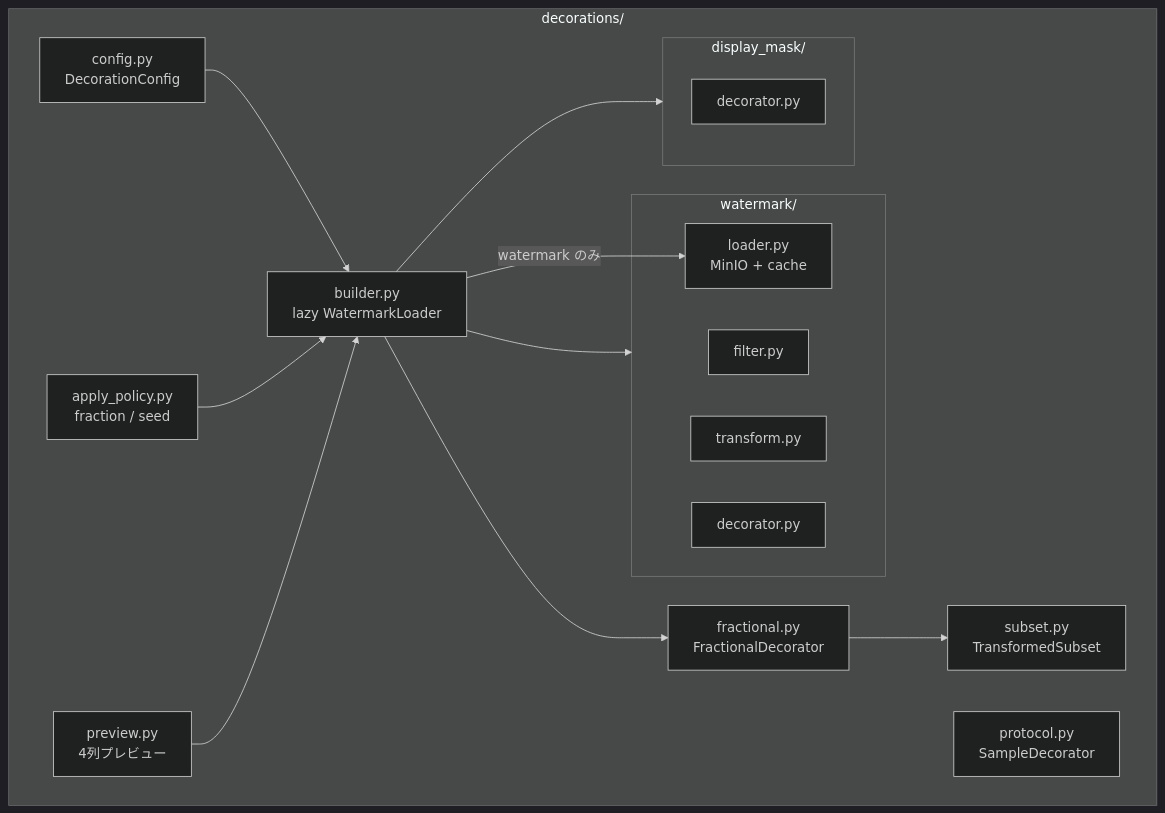
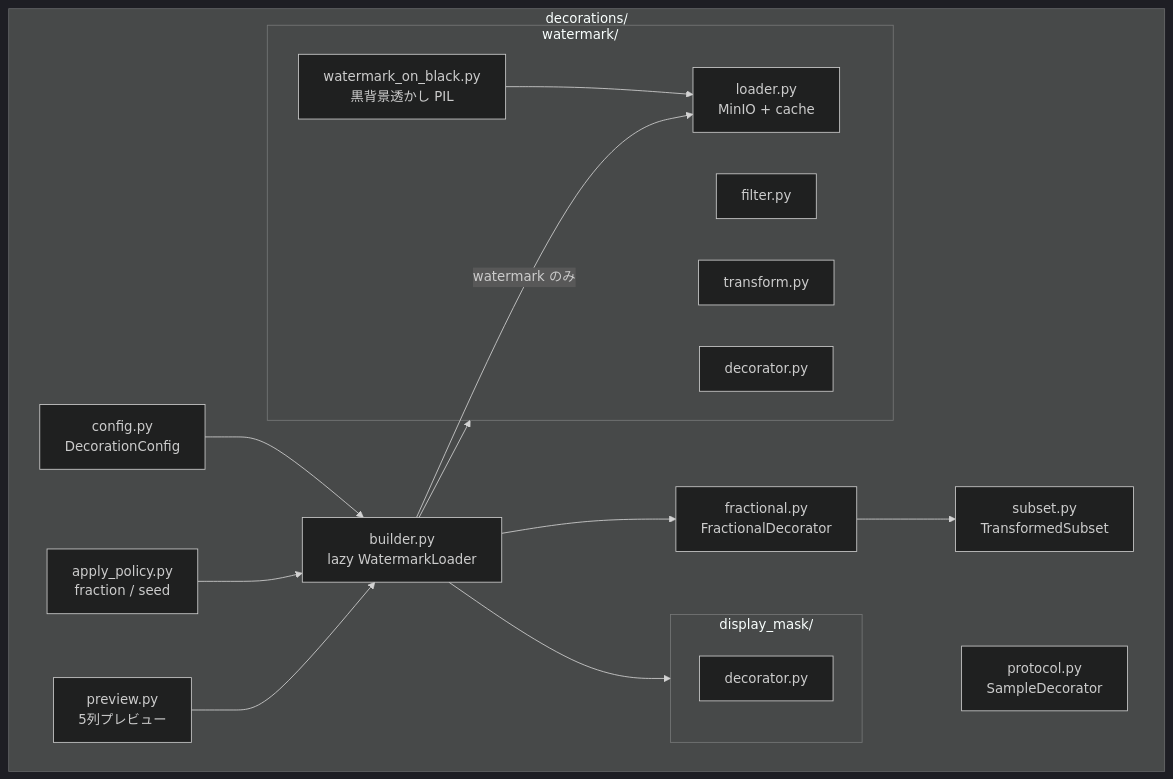
The eighth of 13 diagrams in worker/docs/SPECIFICATION.md (GoldenPoisonedApple/MIAOS), drawn with Mermaid (dark theme) before and after one commit. The commit also changed other lines of this file and 8 other files, not shown here.

````diff
--- a/worker/docs/SPECIFICATION.md
+++ b/worker/docs/SPECIFICATION.md
@@ -221,29 +221,31 @@
 ```mermaid
 flowchart TB
     subgraph decorations [decorations/]
         protocol["protocol.py<br/>SampleDecorator"]
         config["config.py<br/>DecorationConfig"]
         apply["apply_policy.py<br/>fraction / seed"]
         fractional["fractional.py<br/>FractionalDecorator"]
         builder["builder.py<br/>lazy WatermarkLoader"]
         subset["subset.py<br/>TransformedSubset"]
-        preview["preview.py<br/>4列プレビュー"]
+        preview["preview.py<br/>5列プレビュー"]
         subgraph wm [watermark/]
             filter["filter.py"]
             transform["transform.py"]
             loader["loader.py<br/>MinIO + cache"]
             wdec["decorator.py"]
+            onBlack["watermark_on_black.py<br/>黒背景透かし PIL"]
         end
         subgraph dm [display_mask/]
             ddec["decorator.py"]
         end
     end
     config --> builder
     apply --> builder
     builder -->|"watermark のみ"| loader
     builder --> fractional
     builder --> wm
     builder --> dm
     preview --> builder
+    onBlack --> loader
     fractional --> subset
 ```
````
